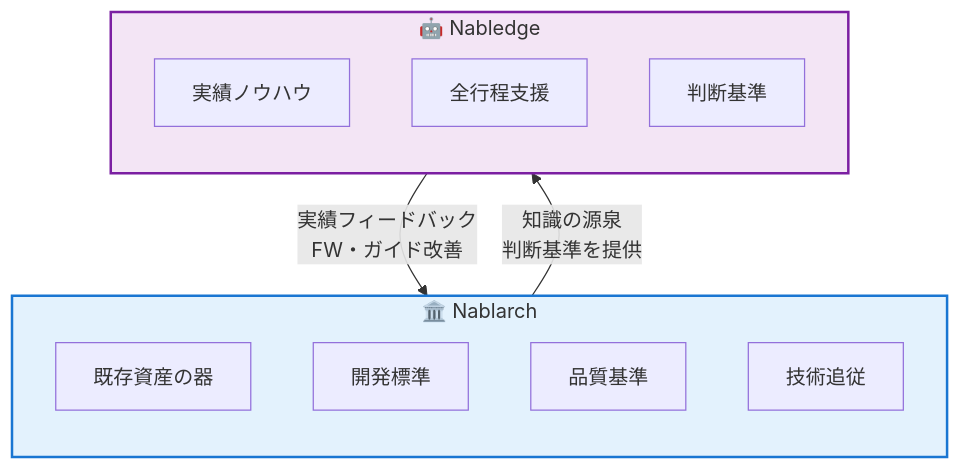
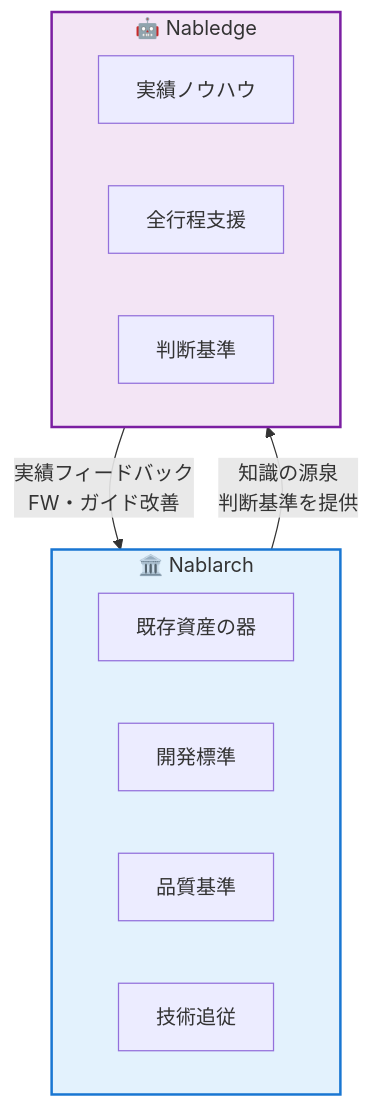
One commit to nablarch/nabledge-dev changed the second of 2 diagrams in doc/tobe/nabledge_press.md. Above: the diagram before and after it, drawn with Mermaid.

Commit message:
Adjust diagram layout: Nablarch on top, Nabledge below

````diff
--- a/doc/tobe/nabledge_press.md
+++ b/doc/tobe/nabledge_press.md
@@ -96,23 +96,23 @@
 ```mermaid
 graph TB
     subgraph Nablarch["🏛️ Nablarch"]
-        direction TB
+        direction LR
         N1["既存資産の器"]
         N2["開発標準"]
         N3["品質基準"]
         N4["技術追従"]
     end
 
     subgraph Nabledge["🤖 Nabledge"]
-        direction TB
+        direction LR
         D1["実績ノウハウ"]
         D2["全行程支援"]
         D3["判断基準"]
     end
 
     Nablarch -->|"知識の源泉<br/>判断基準を提供"| Nabledge
     Nabledge -->|"実績フィードバック<br/>FW・ガイド改善"| Nablarch
 
     style Nablarch fill:#e3f2fd,stroke:#1976d2,stroke-width:2px
     style Nabledge fill:#f3e5f5,stroke:#7b1fa2,stroke-width:2px
 ```
````
